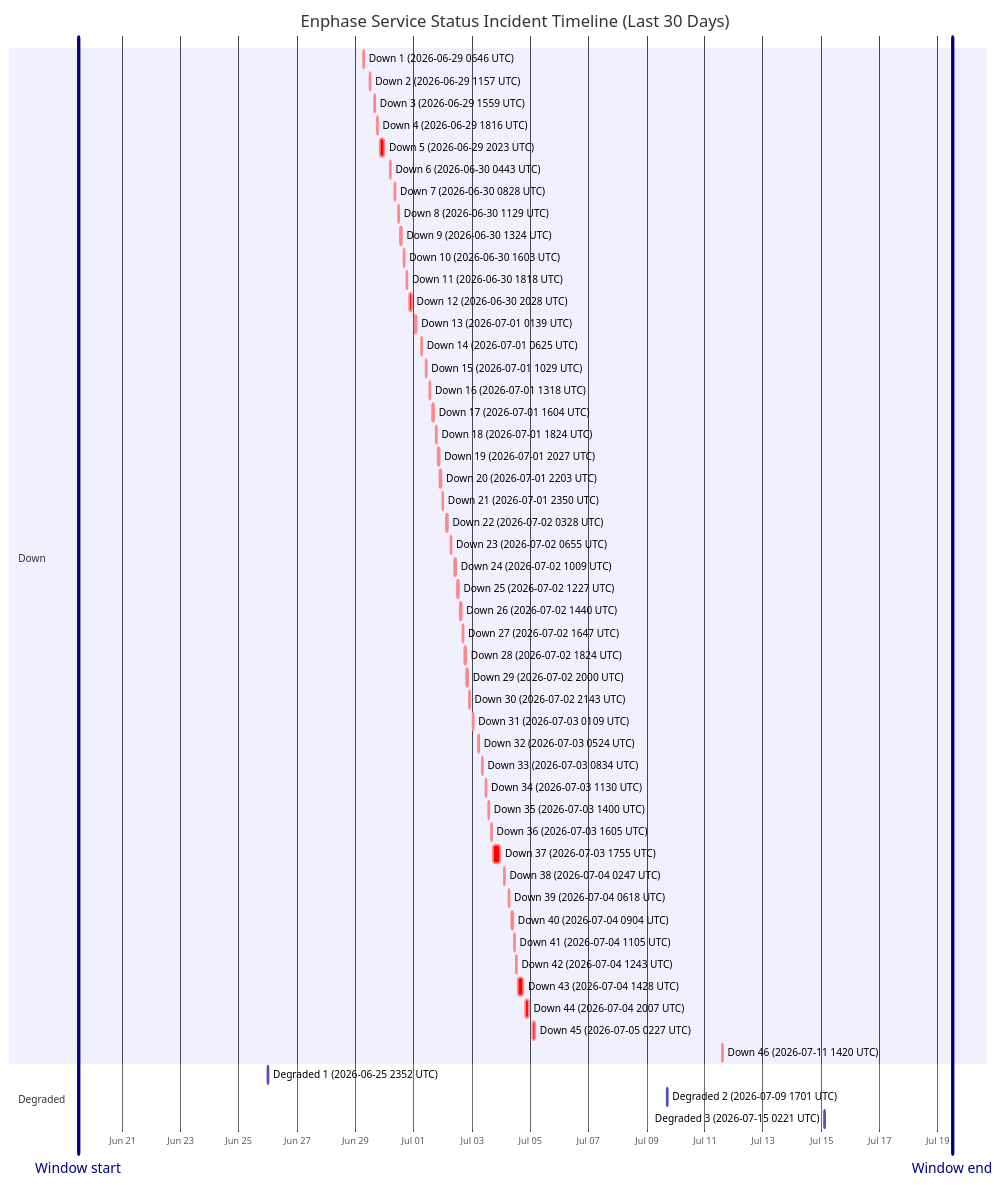
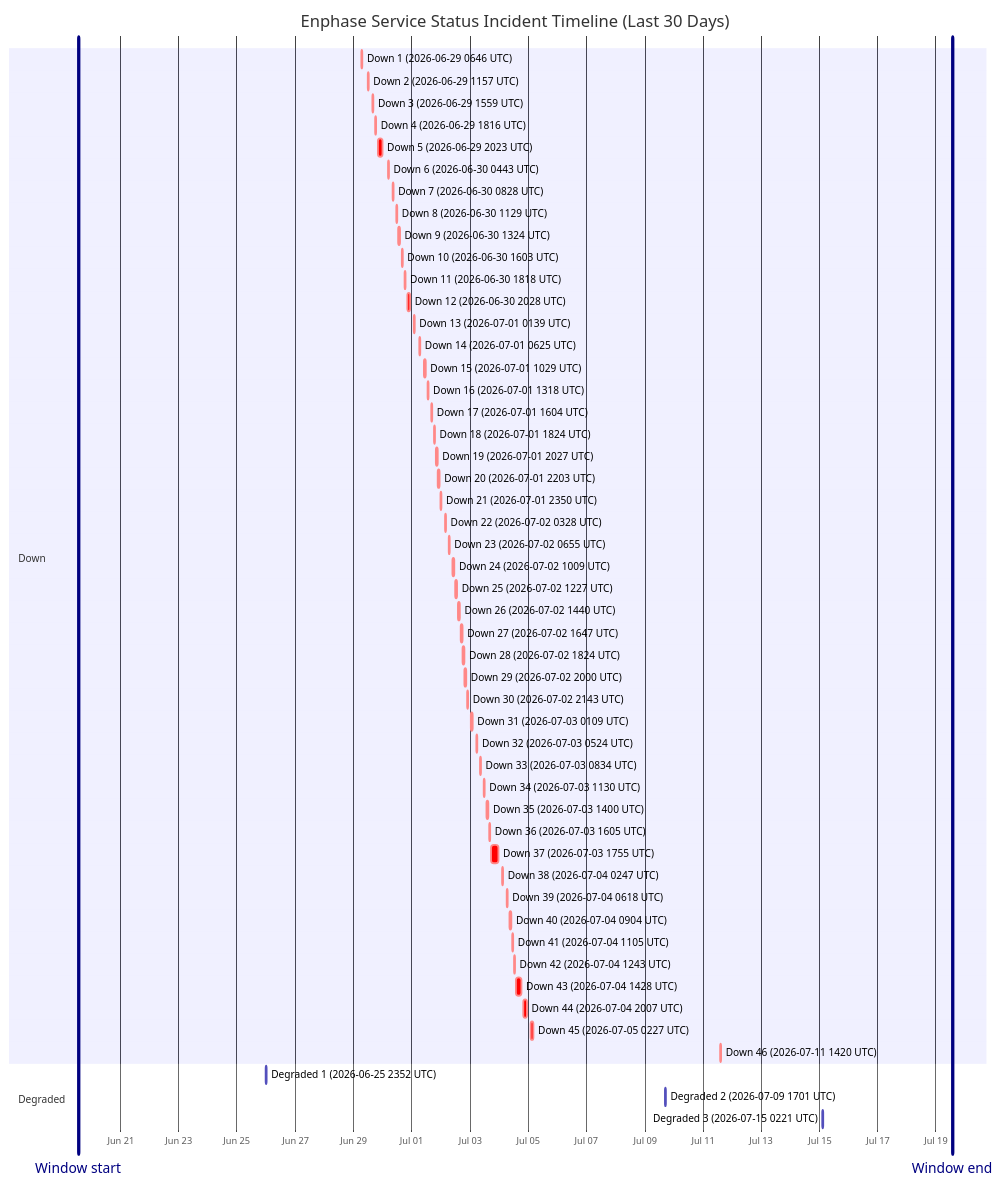
One commit to barneyonline/ha-enphase-energy changed the diagram in wiki/Service-Status-History.md. Above: the diagram before and after it, drawn with Mermaid. The commit also changed other lines of this file and 3 other files, not shown here.

````diff
--- a/wiki/Service-Status-History.md
+++ b/wiki/Service-Status-History.md
@@ -14,59 +14,59 @@
 ```mermaid
 gantt
     title Enphase Service Status Incident Timeline (Last 30 Days)
     dateFormat  YYYY-MM-DDTHH:mm:ss
     axisFormat  %b %d
-    Window start :vert, window-start, 2026-06-19T11:56:37, 0ms
-    Window end :vert, window-end, 2026-07-19T11:56:37, 0ms
+    Window start :vert, window-start, 2026-06-19T13:21:26, 0ms
+    Window end :vert, window-end, 2026-07-19T13:21:26, 0ms
     section Down
     Down 1 (2026-06-29 0646 UTC) :crit, down-1, 2026-06-29T06:46:18, 60m
     Down 2 (2026-06-29 1157 UTC) :crit, down-2, 2026-06-29T11:57:36, 60m
     Down 3 (2026-06-29 1559 UTC) :crit, down-3, 2026-06-29T15:59:02, 60m
     Down 4 (2026-06-29 1816 UTC) :crit, down-4, 2026-06-29T18:16:38, 60m
     Down 5 (2026-06-29 2023 UTC) :crit, down-5, 2026-06-29T20:23:16, 220m
     Down 6 (2026-06-30 0443 UTC) :crit, down-6, 2026-06-30T04:43:54, 60m
     Down 7 (2026-06-30 0828 UTC) :crit, down-7, 2026-06-30T08:28:43, 60m
     Down 8 (2026-06-30 1129 UTC) :crit, down-8, 2026-06-30T11:29:15, 60m
     Down 9 (2026-06-30 1324 UTC) :crit, down-9, 2026-06-30T13:24:25, 60m
     Down 10 (2026-06-30 1603 UTC) :crit, down-10, 2026-06-30T16:03:26, 60m
     Down 11 (2026-06-30 1818 UTC) :crit, down-11, 2026-06-30T18:18:39, 60m
     Down 12 (2026-06-30 2028 UTC) :crit, down-12, 2026-06-30T20:28:54, 171m
     Down 13 (2026-07-01 0139 UTC) :crit, down-13, 2026-07-01T01:39:18, 60m
     Down 14 (2026-07-01 0625 UTC) :crit, down-14, 2026-07-01T06:25:35, 60m
     Down 15 (2026-07-01 1029 UTC) :crit, down-15, 2026-07-01T10:29:24, 60m
     Down 16 (2026-07-01 1318 UTC) :crit, down-16, 2026-07-01T13:18:31, 60m
     Down 17 (2026-07-01 1604 UTC) :crit, down-17, 2026-07-01T16:04:29, 60m
     Down 18 (2026-07-01 1824 UTC) :crit, down-18, 2026-07-01T18:24:21, 60m
     Down 19 (2026-07-01 2027 UTC) :crit, down-19, 2026-07-01T20:27:17, 60m
     Down 20 (2026-07-01 2203 UTC) :crit, down-20, 2026-07-01T22:03:46, 60m
     Down 21 (2026-07-01 2350 UTC) :crit, down-21, 2026-07-01T23:50:52, 60m
     Down 22 (2026-07-02 0328 UTC) :crit, down-22, 2026-07-02T03:28:33, 60m
     Down 23 (2026-07-02 0655 UTC) :crit, down-23, 2026-07-02T06:55:07, 60m
     Down 24 (2026-07-02 1009 UTC) :crit, down-24, 2026-07-02T10:09:15, 60m
     Down 25 (2026-07-02 1227 UTC) :crit, down-25, 2026-07-02T12:27:49, 60m
     Down 26 (2026-07-02 1440 UTC) :crit, down-26, 2026-07-02T14:40:53, 60m
     Down 27 (2026-07-02 1647 UTC) :crit, down-27, 2026-07-02T16:47:47, 60m
     Down 28 (2026-07-02 1824 UTC) :crit, down-28, 2026-07-02T18:24:26, 60m
     Down 29 (2026-07-02 2000 UTC) :crit, down-29, 2026-07-02T20:00:57, 60m
     Down 30 (2026-07-02 2143 UTC) :crit, down-30, 2026-07-02T21:43:52, 80m
     Down 31 (2026-07-03 0109 UTC) :crit, down-31, 2026-07-03T01:09:19, 60m
     Down 32 (2026-07-03 0524 UTC) :crit, down-32, 2026-07-03T05:24:23, 60m
     Down 33 (2026-07-03 0834 UTC) :crit, down-33, 2026-07-03T08:34:05, 60m
     Down 34 (2026-07-03 1130 UTC) :crit, down-34, 2026-07-03T11:30:41, 60m
     Down 35 (2026-07-03 1400 UTC) :crit, down-35, 2026-07-03T14:00:48, 60m
     Down 36 (2026-07-03 1605 UTC) :crit, down-36, 2026-07-03T16:05:49, 60m
     Down 37 (2026-07-03 1755 UTC) :crit, down-37, 2026-07-03T17:55:54, 338m
     Down 38 (2026-07-04 0247 UTC) :crit, down-38, 2026-07-04T02:47:22, 60m
     Down 39 (2026-07-04 0618 UTC) :crit, down-39, 2026-07-04T06:18:09, 60m
     Down 40 (2026-07-04 0904 UTC) :crit, down-40, 2026-07-04T09:04:41, 60m
     Down 41 (2026-07-04 1105 UTC) :crit, down-41, 2026-07-04T11:05:21, 60m
     Down 42 (2026-07-04 1243 UTC) :crit, down-42, 2026-07-04T12:43:25, 60m
     Down 43 (2026-07-04 1428 UTC) :crit, down-43, 2026-07-04T14:28:07, 243m
     Down 44 (2026-07-04 2007 UTC) :crit, down-44, 2026-07-04T20:07:50, 206m
     Down 45 (2026-07-05 0227 UTC) :crit, down-45, 2026-07-05T02:27:32, 109m
     Down 46 (2026-07-11 1420 UTC) :crit, down-46, 2026-07-11T14:20:54, 69m
     section Degraded
     Degraded 1 (2026-06-25 2352 UTC) :active, degraded-1, 2026-06-25T23:52:01, 60m
     Degraded 2 (2026-07-09 1701 UTC) :active, degraded-2, 2026-07-09T17:01:02, 60m
     Degraded 3 (2026-07-15 0221 UTC) :active, degraded-3, 2026-07-15T02:21:35, 60m
 ```
````
